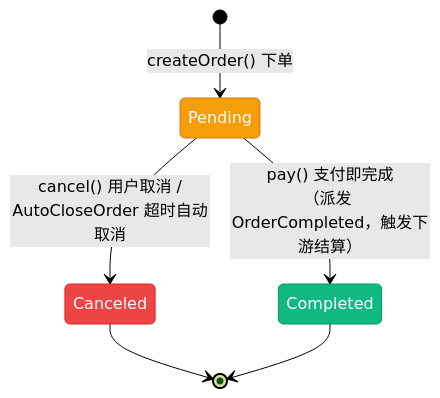
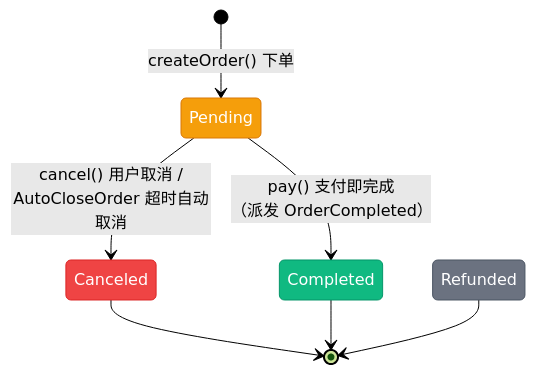
One commit to jasonencode/saas changed the third of 5 diagrams in docs/flows/order-status.md. Above: the diagram before and after it, drawn with Mermaid (forest theme). The commit also changed other lines of this file and 33 other files, not shown here.

````diff
--- a/docs/flows/order-status.md
+++ b/docs/flows/order-status.md
@@ -114,18 +123,21 @@
 ```mermaid
 stateDiagram-v2
     [*] --> Pending : createOrder() 下单
 
     Pending --> Canceled : cancel() 用户取消 /<br/>AutoCloseOrder 超时自动取消
-    Pending --> Completed : pay() 支付即完成<br/>（派发 OrderCompleted，触发下游结算）
+    Pending --> Completed : pay() 支付即完成<br/>（派发 OrderCompleted）
 
     Canceled --> [*]
     Completed --> [*]
+    Refunded --> [*]
 
     classDef pending fill:#f59e0b,stroke:#d97706,color:white
     classDef canceled fill:#ef4444,stroke:#dc2626,color:white
     classDef completed fill:#10b981,stroke:#059669,color:white
+    classDef refunded fill:#6b7280,stroke:#4b5563,color:white
 
     class Pending pending
     class Canceled canceled
     class Completed completed
+    class Refunded refunded
 ```
````
